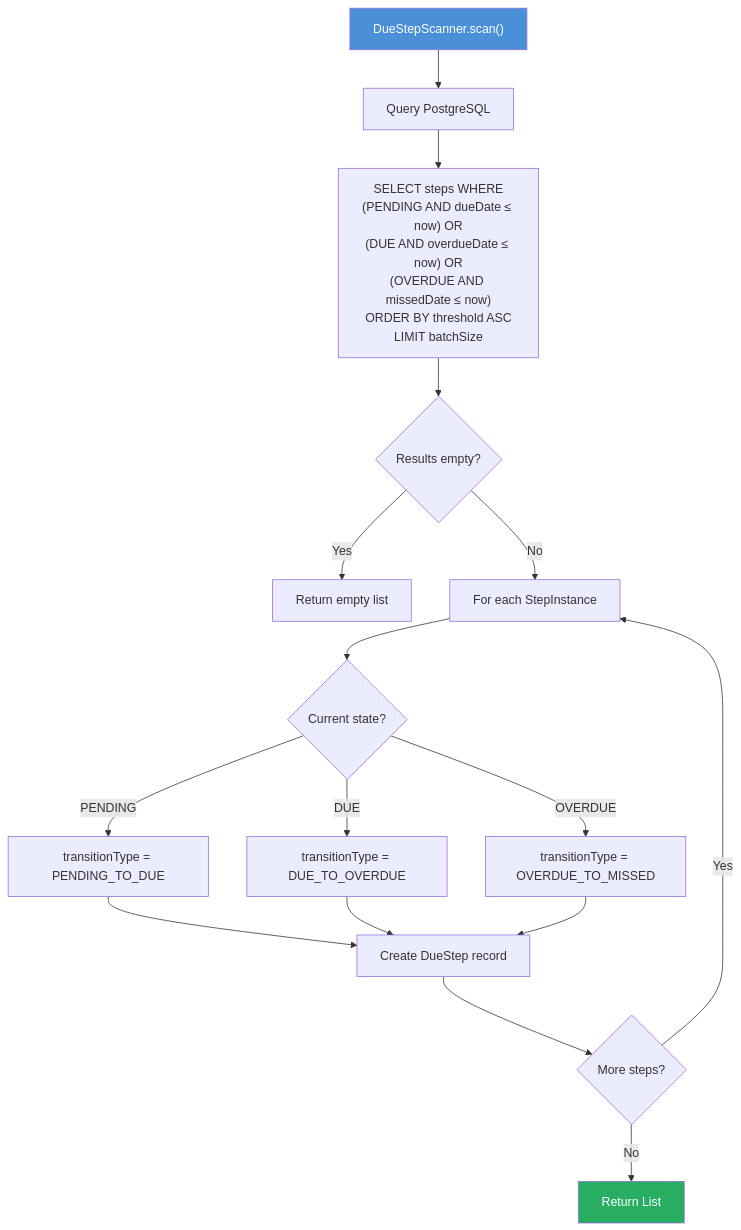
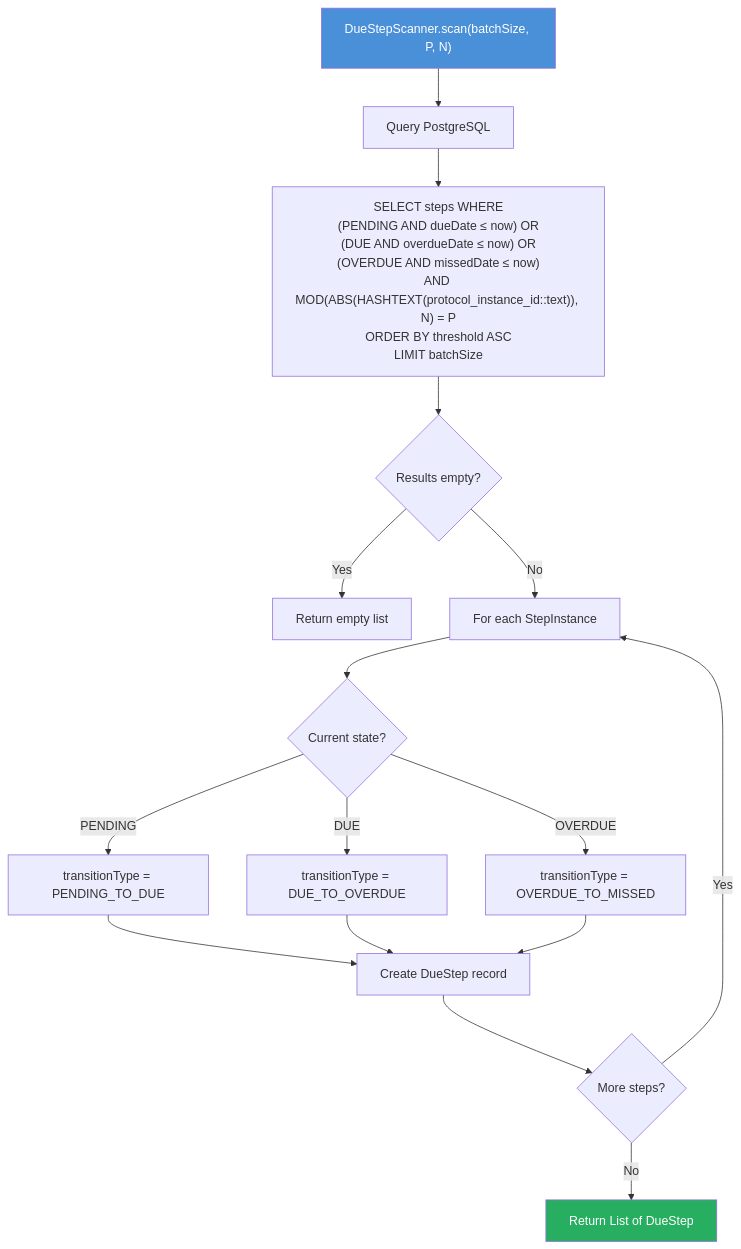
Before and after one commit to Jayaprakash8887/cce-scheduler-service: the third of 5 diagrams in docs/flow-diagrams.md, drawn with Mermaid. The commit also changed other lines of this file and 5 other files, not shown here.

````diff
--- a/docs/flow-diagrams.md
+++ b/docs/flow-diagrams.md
@@ -94,24 +94,24 @@
 ```mermaid
 flowchart TD
-    A["DueStepScanner.scan()"] --> B["Query PostgreSQL"]
-    B --> C["SELECT steps WHERE<br/>(PENDING AND dueDate ≤ now) OR<br/>(DUE AND overdueDate ≤ now) OR<br/>(OVERDUE AND missedDate ≤ now)<br/>ORDER BY threshold ASC<br/>LIMIT batchSize"]
+    A["DueStepScanner.scan(batchSize, P, N)"] --> B["Query PostgreSQL"]
+    B --> C["SELECT steps WHERE<br/>(PENDING AND dueDate ≤ now) OR<br/>(DUE AND overdueDate ≤ now) OR<br/>(OVERDUE AND missedDate ≤ now)<br/>AND MOD(ABS(HASHTEXT(protocol_instance_id::text)), N) = P<br/>ORDER BY threshold ASC<br/>LIMIT batchSize"]
     C --> D{"Results empty?"}
     D -->|"Yes"| E["Return empty list"]
     D -->|"No"| F["For each StepInstance"]
 
     F --> G{"Current state?"}
     G -->|"PENDING"| H["transitionType = PENDING_TO_DUE"]
     G -->|"DUE"| I["transitionType = DUE_TO_OVERDUE"]
     G -->|"OVERDUE"| J["transitionType = OVERDUE_TO_MISSED"]
 
     H --> K["Create DueStep record"]
     I --> K
     J --> K
 
     K --> L{"More steps?"}
     L -->|"Yes"| F
-    L -->|"No"| M["Return List<DueStep>"]
+    L -->|"No"| M["Return List of DueStep"]
 
     style A fill:#4A90D9,color:white
     style M fill:#27AE60,color:white
 ```
````
